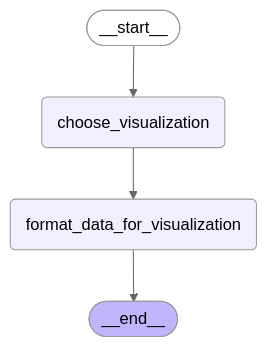
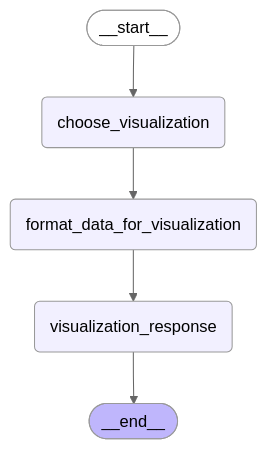
The diagram in chat-server/app/workflow/graph/graph_mermaid/visualize_data_graph.mmd (factly/gopie), drawn with Mermaid (neutral theme) before and after one commit. The commit also changed 6 other files, not shown here.

```diff
--- a/chat-server/app/workflow/graph/graph_mermaid/visualize_data_graph.mmd
+++ b/chat-server/app/workflow/graph/graph_mermaid/visualize_data_graph.mmd
@@ -1,16 +1,18 @@
 ---
 config:
   flowchart:
     curve: basis
 ---
 graph TD;
 	__start__([<p>__start__</p>]):::first
 	choose_visualization(choose_visualization)
 	format_data_for_visualization(format_data_for_visualization)
+	visualization_response(visualization_response)
 	__end__([<p>__end__</p>]):::last
 	__start__ --> choose_visualization;
 	choose_visualization --> format_data_for_visualization;
-	format_data_for_visualization --> __end__;
+	format_data_for_visualization --> visualization_response;
+	visualization_response --> __end__;
 	classDef default fill:#f2f0ff,line-height:1.2
 	classDef first fill-opacity:0
 	classDef last fill:#bfb6fc
```
